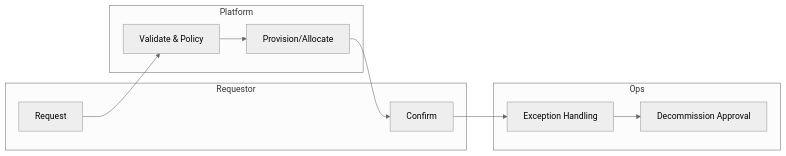
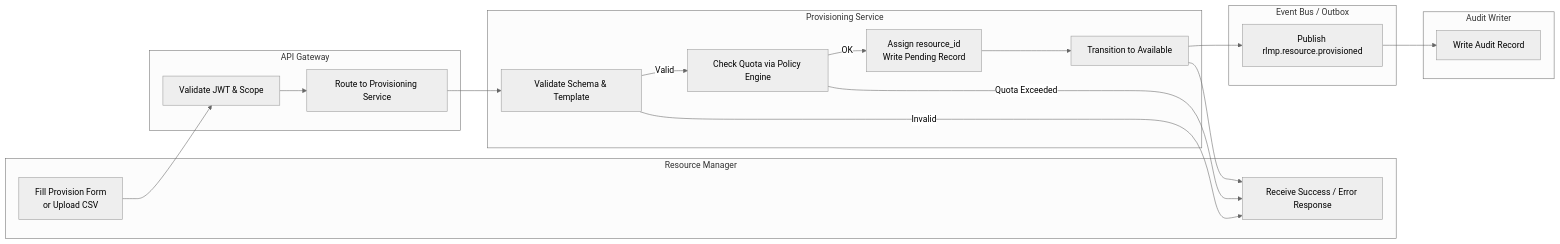
One commit to 0Ankit0/Project-Ideas changed the first of 5 diagrams in Resource Lifecycle Management Platform/analysis/swimlane-diagrams.md. Above: the diagram before and after it, drawn with Mermaid (neutral theme). The commit also changed other lines of this file and 36 other files, not shown here.

First line of the commit message:
docs: complete comprehensive rewrite of all 38 Resource Lifecycle Management Platform documentation files

````diff
--- a/Resource Lifecycle Management Platform/analysis/swimlane-diagrams.md
+++ b/Resource Lifecycle Management Platform/analysis/swimlane-diagrams.md
@@ -34,16 +9,30 @@
 ```mermaid
 flowchart LR
-  subgraph Requestor
-    R1[Request]
-    R2[Confirm]
+  subgraph RM ["Resource Manager"]
+    RM1[Fill Provision Form\nor Upload CSV]
+    RM2[Receive Success / Error Response]
   end
-  subgraph Platform
-    P1[Validate & Policy]
-    P2[Provision/Allocate]
+  subgraph API ["API Gateway"]
+    A1[Validate JWT & Scope]
+    A2[Route to Provisioning Service]
   end
-  subgraph Ops
-    O1[Exception Handling]
-    O2[Decommission Approval]
+  subgraph Prov ["Provisioning Service"]
+    P1[Validate Schema & Template]
+    P2[Check Quota via Policy Engine]
+    P3[Assign resource_id\nWrite Pending Record]
+    P4[Transition to Available]
   end
-  R1 --> P1 --> P2 --> R2 --> O1 --> O2
+  subgraph Events ["Event Bus / Outbox"]
+    E1[Publish rlmp.resource.provisioned]
+  end
+  subgraph Audit ["Audit Writer"]
+    AU1[Write Audit Record]
+  end
+
+  RM1 --> A1 --> A2 --> P1
+  P1 -->|Invalid| RM2
+  P1 -->|Valid| P2
+  P2 -->|Quota Exceeded| RM2
+  P2 -->|OK| P3 --> P4 --> E1 --> AU1
+  P4 --> RM2
 ```
````
